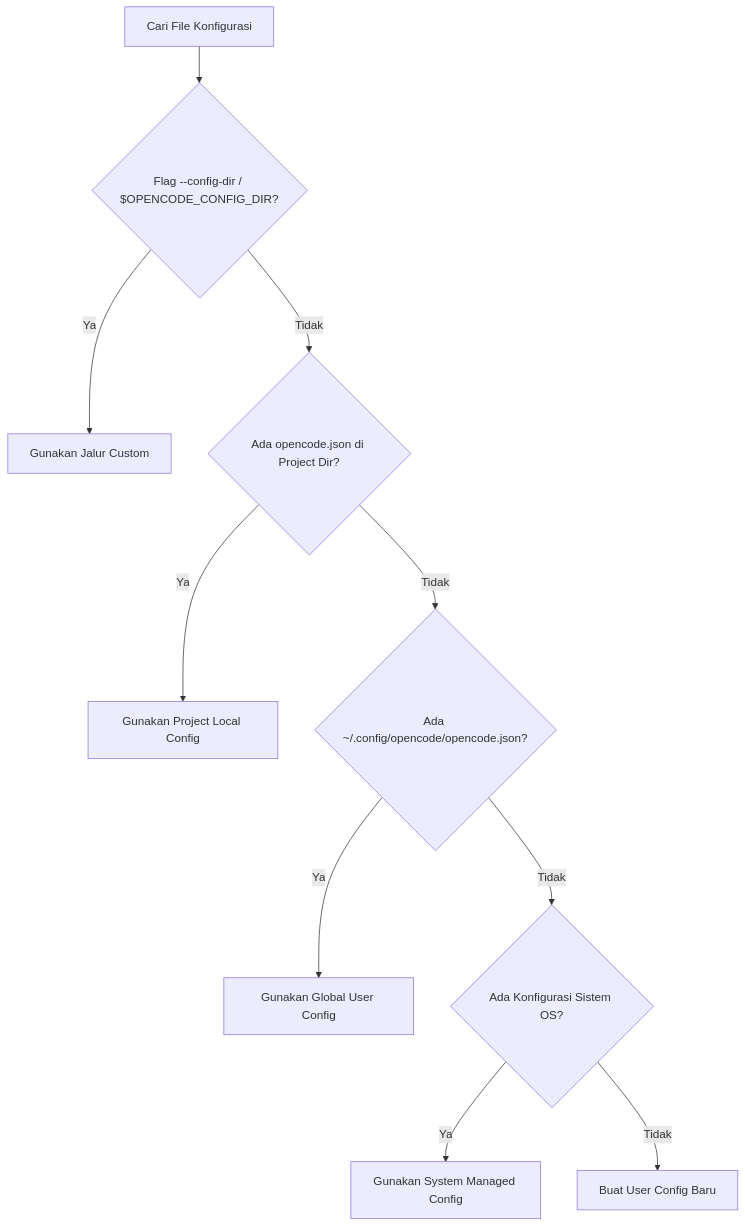
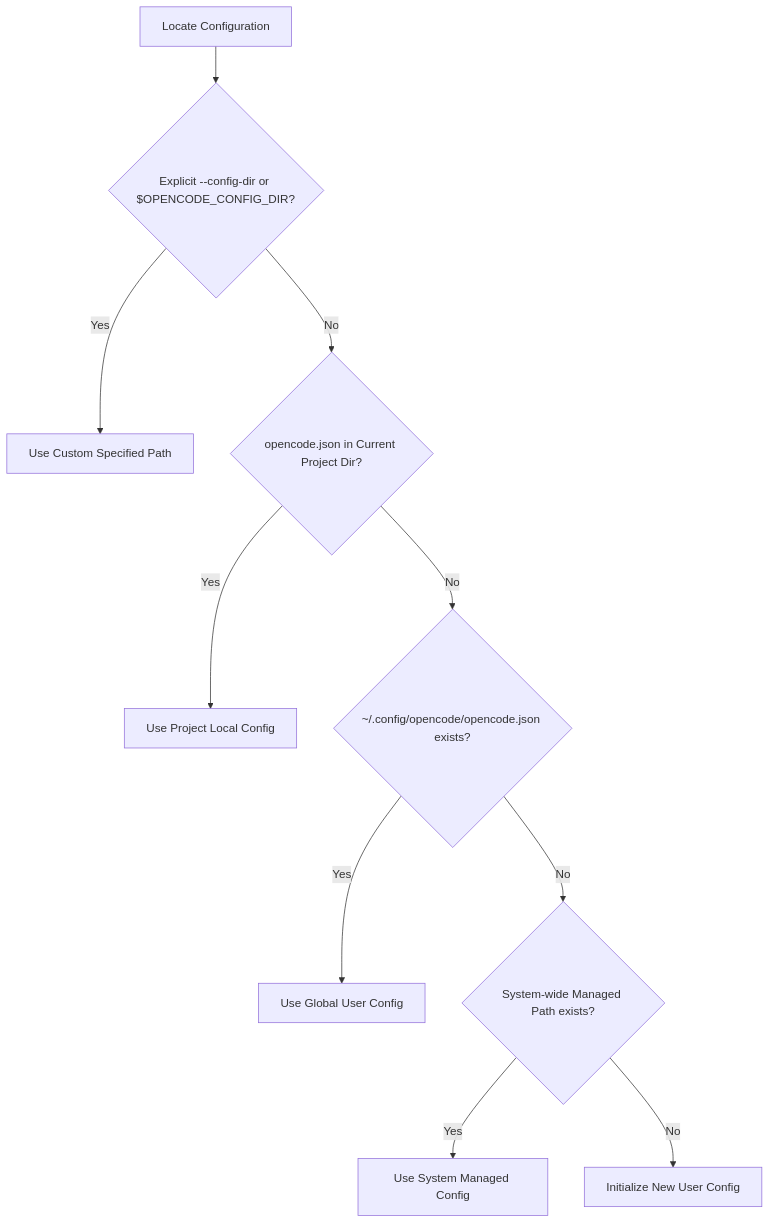
One commit to yanndevgbut/opencode-companion changed the diagram in packages/cli/README.md. Above: the diagram before and after it, drawn with Mermaid. The commit also changed other lines of this file and 1 other file, not shown here.

````diff
--- a/packages/cli/README.md
+++ b/packages/cli/README.md
@@ -220,12 +220,12 @@
 ```mermaid
 graph TD
-    A[Cari File Konfigurasi] --> B{Flag --config-dir / $OPENCODE_CONFIG_DIR?}
-    B -- Ya --> C[Gunakan Jalur Custom]
-    B -- Tidak --> D{Ada opencode.json di Project Dir?}
-    D -- Ya --> E[Gunakan Project Local Config]
-    D -- Tidak --> F{Ada ~/.config/opencode/opencode.json?}
-    F -- Ya --> G[Gunakan Global User Config]
-    F -- Tidak --> H{Ada Konfigurasi Sistem OS?}
-    H -- Ya --> I[Gunakan System Managed Config]
-    H -- Tidak --> J[Buat User Config Baru]
+    A[Locate Configuration] --> B{Explicit --config-dir or $OPENCODE_CONFIG_DIR?}
+    B -- Yes --> C[Use Custom Specified Path]
+    B -- No --> D{opencode.json in Current Project Dir?}
+    D -- Yes --> E[Use Project Local Config]
+    D -- No --> F{~/.config/opencode/opencode.json exists?}
+    F -- Yes --> G[Use Global User Config]
+    F -- No --> H{System-wide Managed Path exists?}
+    H -- Yes --> I[Use System Managed Config]
+    H -- No --> J[Initialize New User Config]
 ```
````
